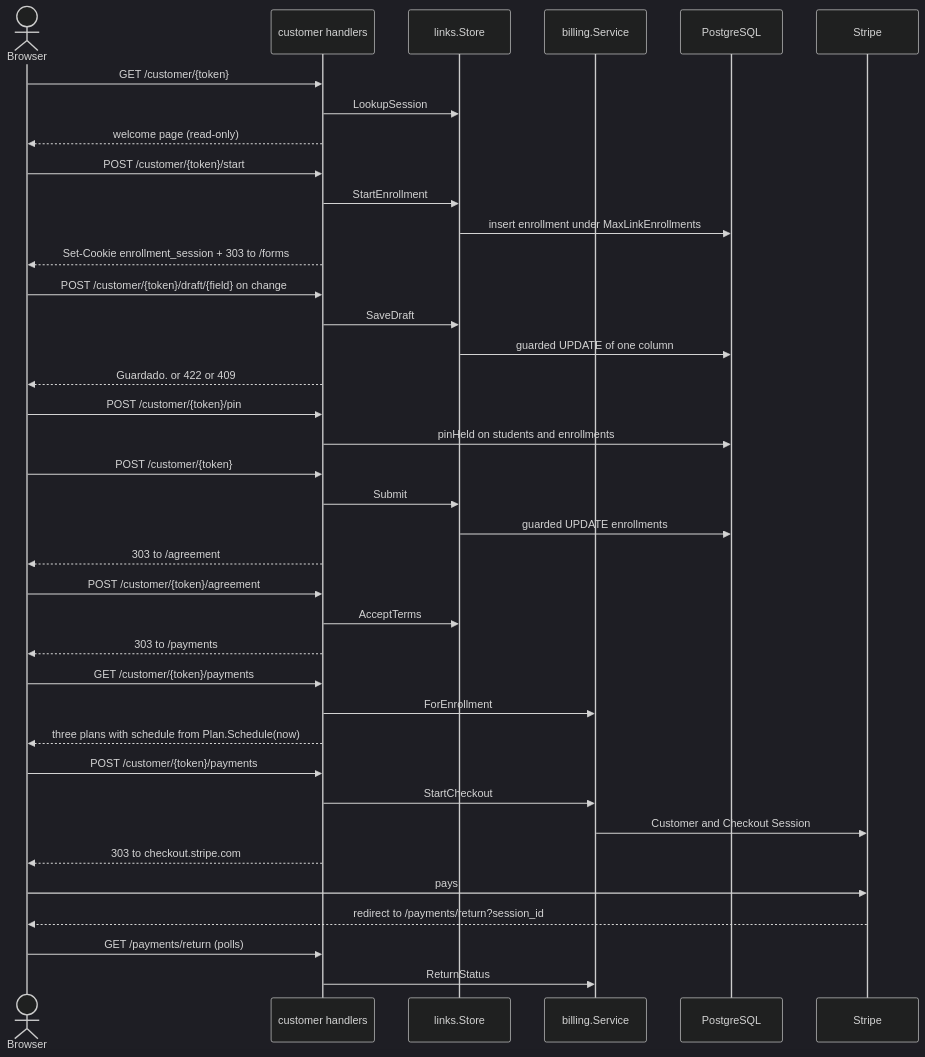
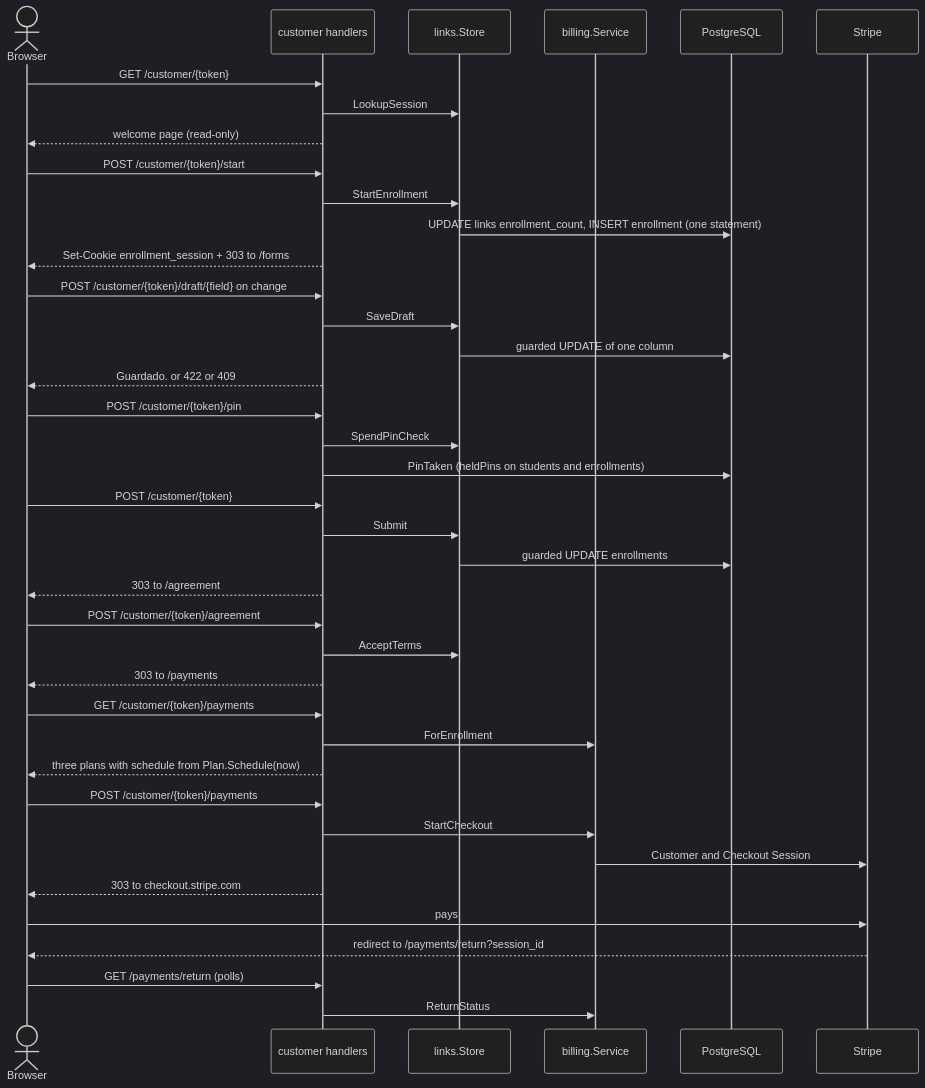
One commit to devGabriel131/ProjectHermes changed the first of 2 diagrams in docs/domain/customer-flow.md. Above: the diagram before and after it, drawn with Mermaid (dark theme). The commit also changed other lines of this file and 97 other files, not shown here.

First line of the commit message:
refactor: decomplect app and cut customer writes to one statement

````diff
--- a/docs/domain/customer-flow.md
+++ b/docs/domain/customer-flow.md
@@ -35,40 +35,41 @@
 ```mermaid
 sequenceDiagram
     actor Browser
     participant H as customer handlers
     participant L as links.Store
     participant B as billing.Service
     participant DB as PostgreSQL
     participant S as Stripe
     Browser->>H: GET /customer/{token}
     H->>L: LookupSession
     H-->>Browser: welcome page (read-only)
     Browser->>H: POST /customer/{token}/start
     H->>L: StartEnrollment
-    L->>DB: insert enrollment under MaxLinkEnrollments
+    L->>DB: UPDATE links enrollment_count, INSERT enrollment (one statement)
     H-->>Browser: Set-Cookie enrollment_session + 303 to /forms
     Browser->>H: POST /customer/{token}/draft/{field} on change
     H->>L: SaveDraft
     L->>DB: guarded UPDATE of one column
     H-->>Browser: Guardado. or 422 or 409
     Browser->>H: POST /customer/{token}/pin
-    H->>DB: pinHeld on students and enrollments
+    H->>L: SpendPinCheck
+    H->>DB: PinTaken (heldPins on students and enrollments)
     Browser->>H: POST /customer/{token}
     H->>L: Submit
     L->>DB: guarded UPDATE enrollments
     H-->>Browser: 303 to /agreement
     Browser->>H: POST /customer/{token}/agreement
     H->>L: AcceptTerms
     H-->>Browser: 303 to /payments
     Browser->>H: GET /customer/{token}/payments
     H->>B: ForEnrollment
     H-->>Browser: three plans with schedule from Plan.Schedule(now)
     Browser->>H: POST /customer/{token}/payments
     H->>B: StartCheckout
     B->>S: Customer and Checkout Session
     H-->>Browser: 303 to checkout.stripe.com
     Browser->>S: pays
     S-->>Browser: redirect to /payments/return?session_id
     Browser->>H: GET /payments/return (polls)
     H->>B: ReturnStatus
 ```
````
